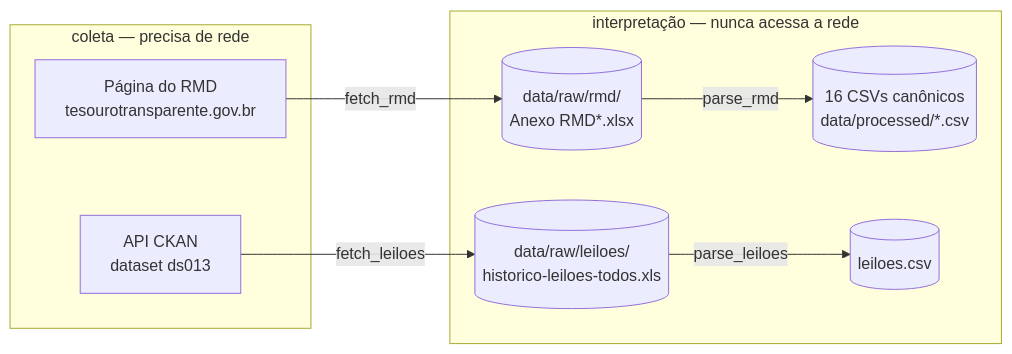
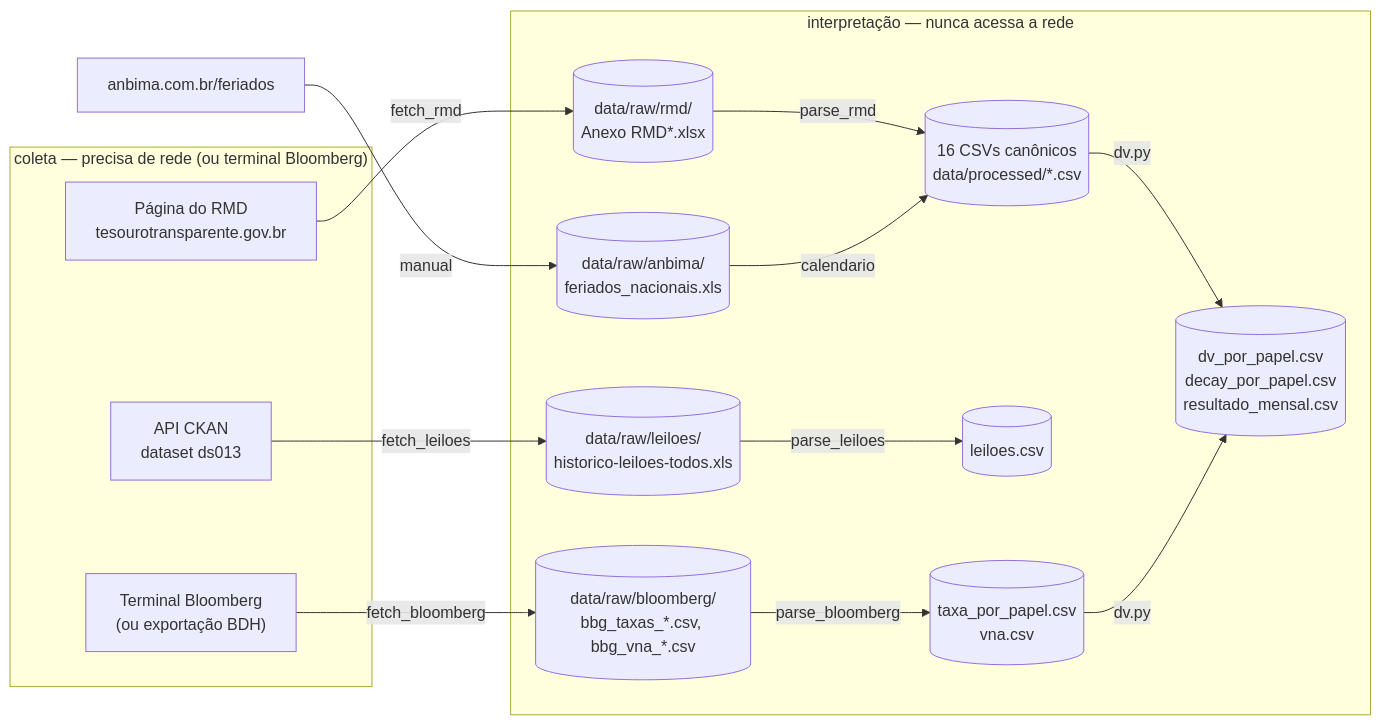
Before and after one commit to alinemacedofigueiredo/projeto-tesouro: the diagram in docs/fontes-de-dados.md, drawn with Mermaid. The commit also changed other lines of this file and 5 other files, not shown here.

````diff
--- a/docs/fontes-de-dados.md
+++ b/docs/fontes-de-dados.md
@@ -5,18 +5,29 @@
 ```mermaid
 flowchart LR
     RMD["Página do RMD<br/>tesourotransparente.gov.br"] -->|fetch_rmd| RAW1[("data/raw/rmd/<br/>Anexo RMD*.xlsx")]
     CKAN["API CKAN<br/>dataset ds013"] -->|fetch_leiloes| RAW2[("data/raw/leiloes/<br/>historico-leiloes-todos.xls")]
+    ANBIMA["anbima.com.br/feriados"] -->|manual| RAW3[("data/raw/anbima/<br/>feriados_nacionais.xls")]
+    BLOOMBERG["Terminal Bloomberg<br/>(ou exportação BDH)"] -->|fetch_bloomberg| RAW4[("data/raw/bloomberg/<br/>bbg_taxas_*.csv, bbg_vna_*.csv")]
     RAW1 -->|parse_rmd| CSV1[("16 CSVs canônicos<br/>data/processed/*.csv")]
     RAW2 -->|parse_leiloes| CSV2[("leiloes.csv")]
+    RAW3 -->|calendario| CSV1
+    RAW4 -->|parse_bloomberg| CSV3[("taxa_por_papel.csv<br/>vna.csv")]
+    CSV1 -->|dv.py| CSV4[("dv_por_papel.csv<br/>decay_por_papel.csv<br/>resultado_mensal.csv")]
+    CSV3 -->|dv.py| CSV4
 
-    subgraph coleta ["coleta — precisa de rede"]
+    subgraph coleta ["coleta — precisa de rede (ou terminal Bloomberg)"]
         RMD
         CKAN
+        BLOOMBERG
     end
     subgraph interpretacao ["interpretação — nunca acessa a rede"]
         RAW1
         RAW2
+        RAW3
+        RAW4
         CSV1
         CSV2
+        CSV3
+        CSV4
     end
 ```
````
